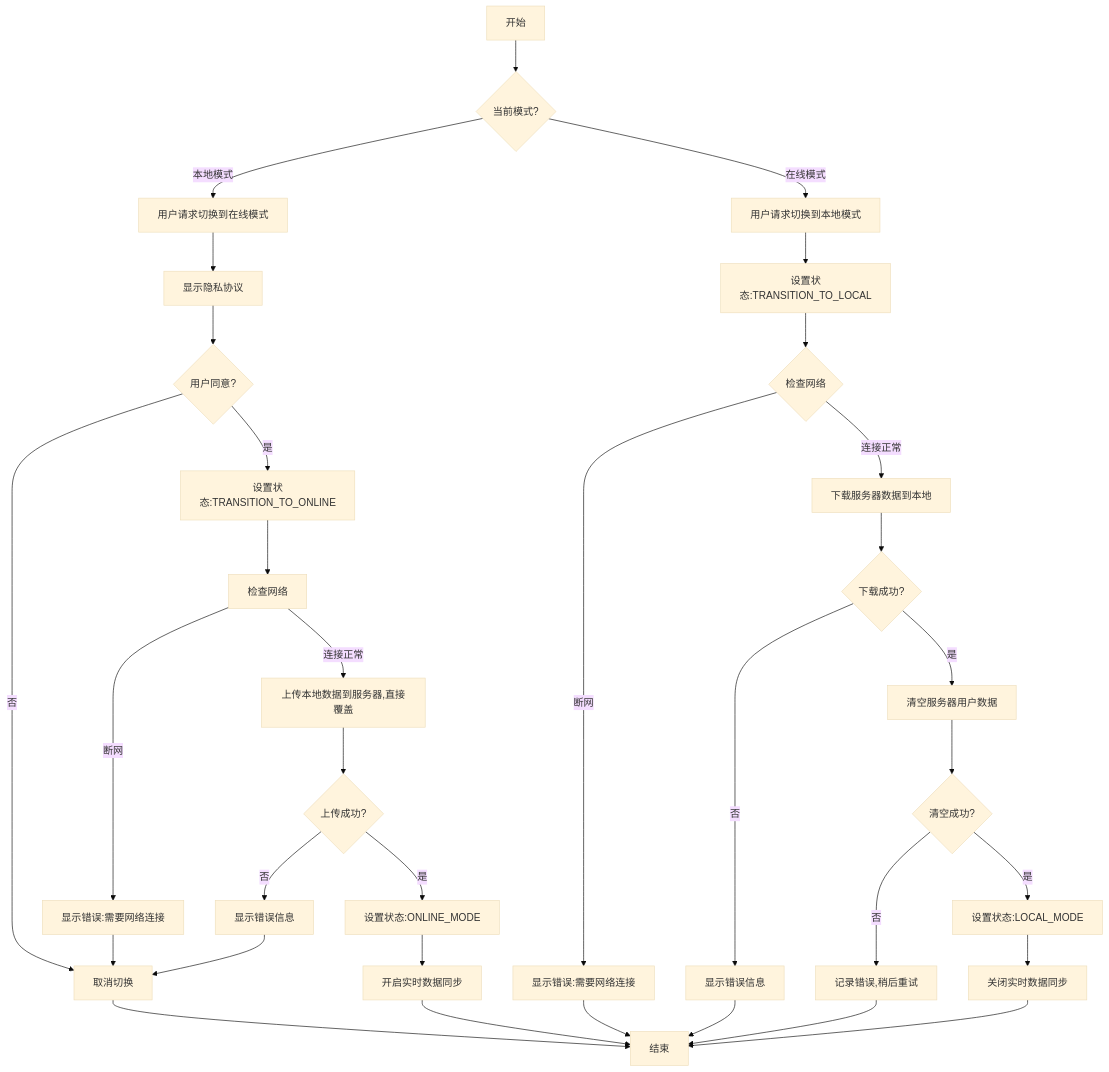
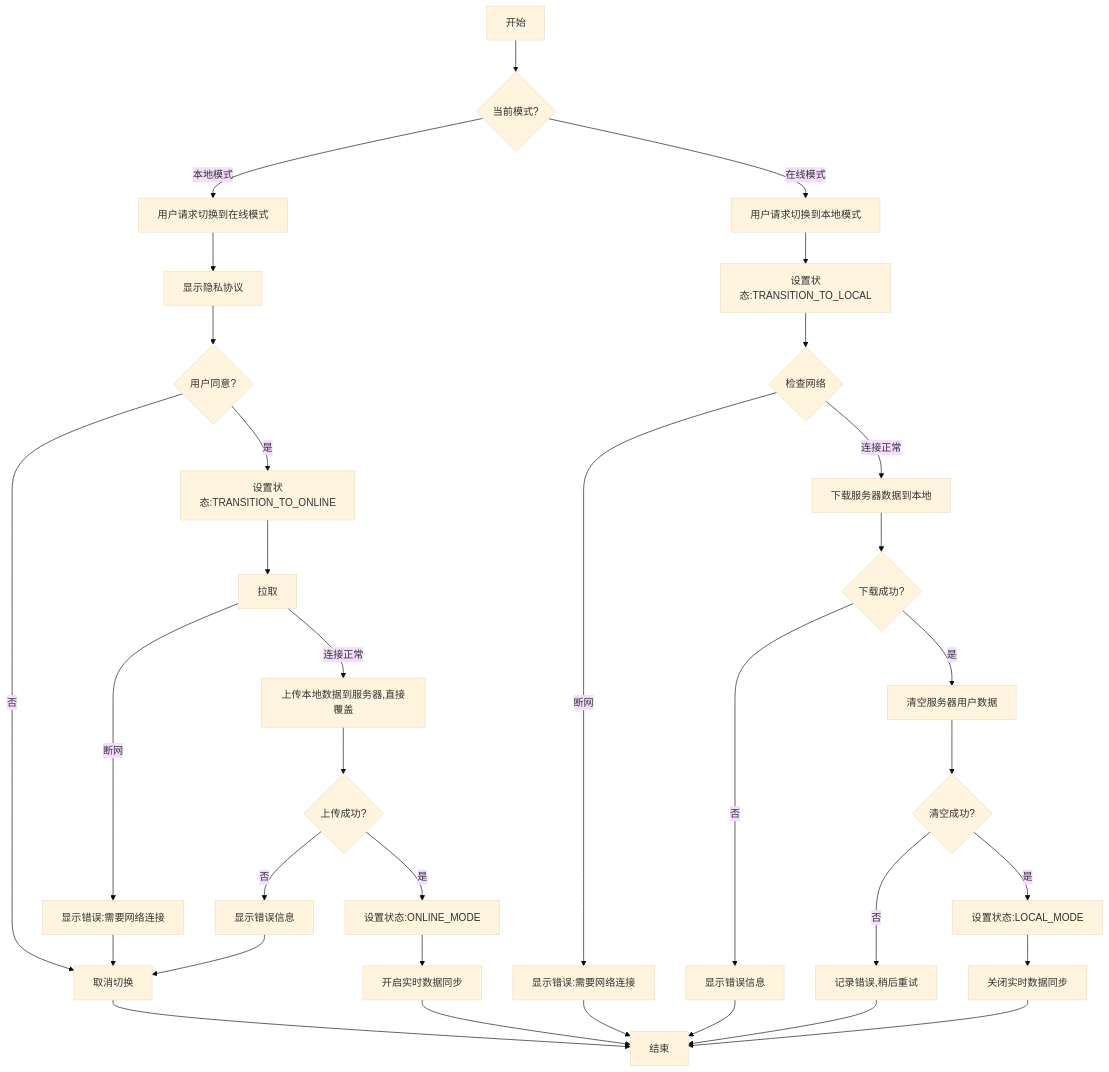
Before and after one commit to yingjianzh/iodraw-files: the diagram in all/未命名-50.md, drawn with Mermaid (base theme).

Commit message:
2025-05-08 16:08:09 update

````diff
--- a/all/未命名-50.md
+++ b/all/未命名-50.md
@@ -1,40 +1,40 @@
 ```mermaid
 
 flowchart TD
     A[开始] --> B{当前模式?}
     
     B -->|本地模式| C[用户请求切换到在线模式]
     C --> F[显示隐私协议]
     F --> G{用户同意?}
     G -->|否| H[取消切换]
     H --> Z[结束]
     G -->|是| I[设置状态:TRANSITION_TO_ONLINE]
-    I --> J[检查网络]
+    I --> J[拉取]
     J -->|断网| K[显示错误:需要网络连接]
     K --> H
     J -->|连接正常| O[上传本地数据到服务器,直接覆盖]
     O --> P{上传成功?}
     P -->|否| Q[显示错误信息]
     Q --> H
     P -->|是| R[设置状态:ONLINE_MODE]
     R --> S[开启实时数据同步]
     S --> Z
     
     B -->|在线模式| T[用户请求切换到本地模式]
     T --> U[设置状态:TRANSITION_TO_LOCAL]
     U --> V{检查网络}
     V -->|断网| W[显示错误:需要网络连接]
     W --> Z
     V -->|连接正常| X[下载服务器数据到本地]
     X --> Y{下载成功?}
     Y -->|否| AA2[显示错误信息]
     AA2 --> Z
     Y -->|是| AB2[清空服务器用户数据]
     AB2 --> AC2{清空成功?}
     AC2 -->|否| AD2[记录错误,稍后重试]
     AD2 --> Z
     AC2 -->|是| AE[设置状态:LOCAL_MODE]
     AE --> AF[关闭实时数据同步]
     AF --> Z
 
 ```
````
